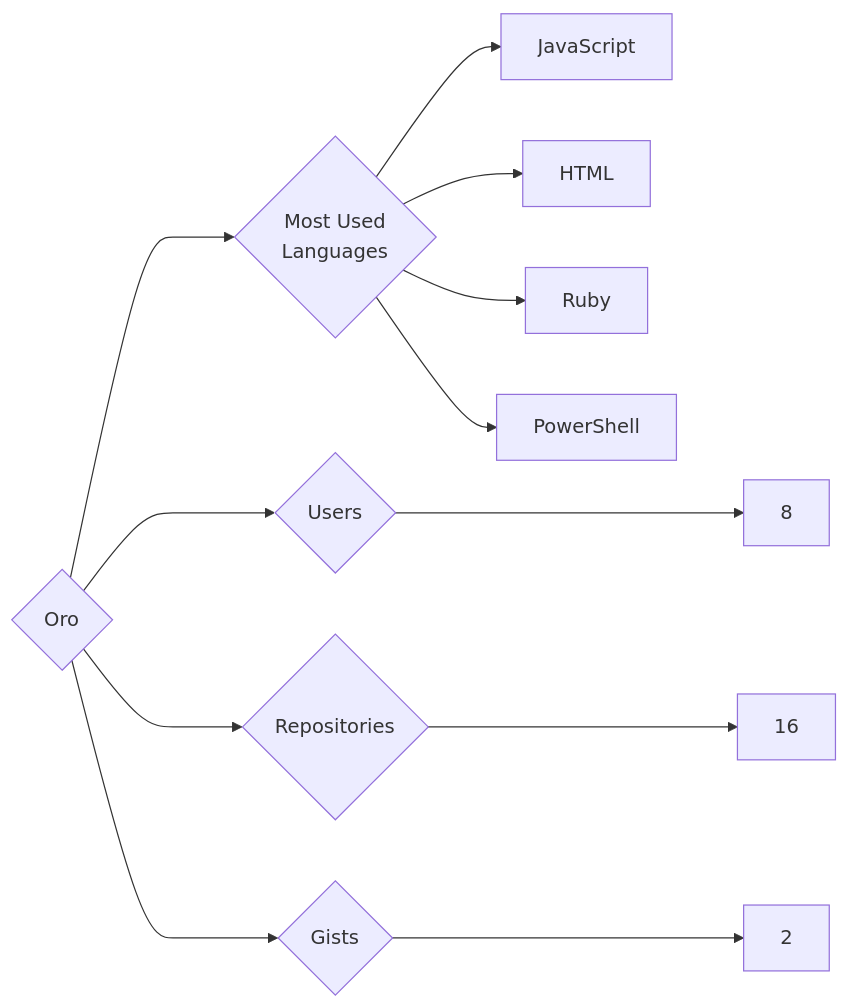
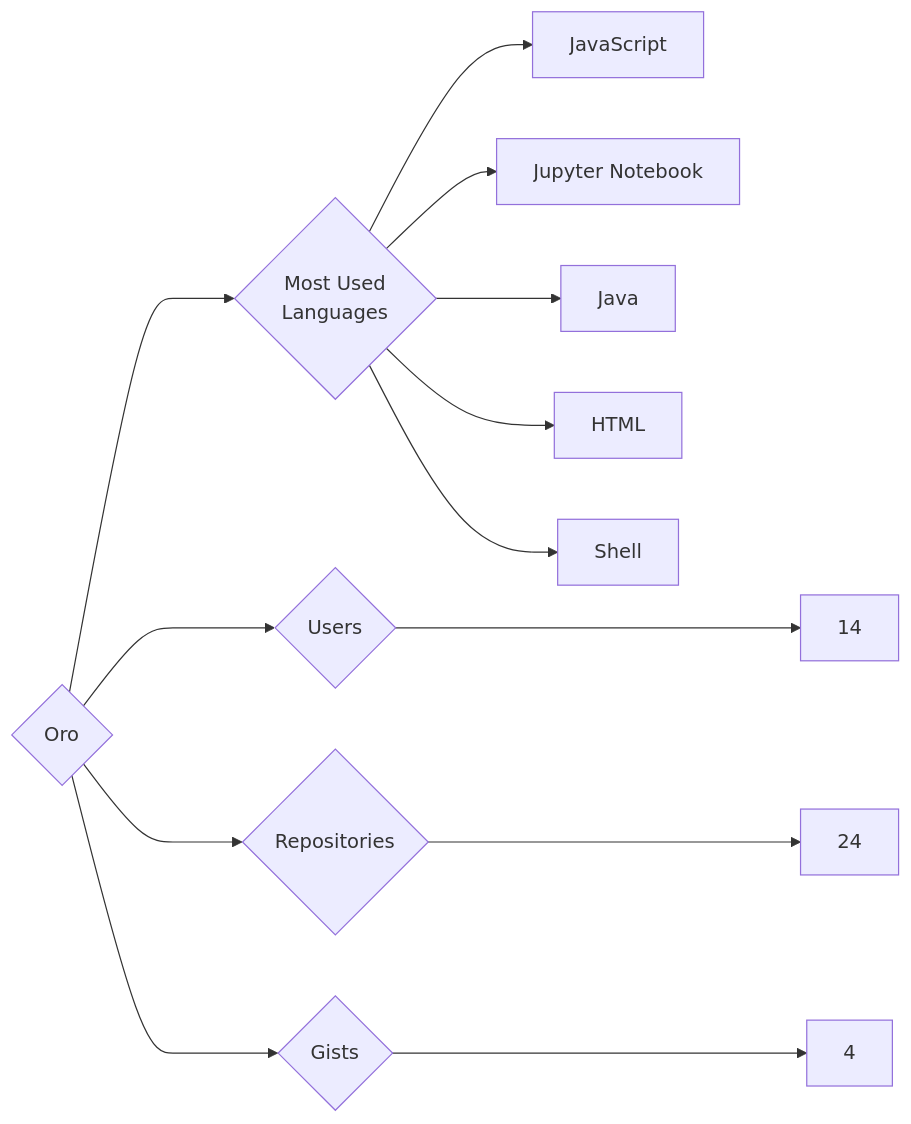
Before and after one commit to trickest/insiders: the diagram in targets/Oro/README.md, drawn with Mermaid. The commit also changed 973 other files, not shown here.

````diff
--- a/targets/Oro/README.md
+++ b/targets/Oro/README.md
@@ -3,12 +3,13 @@
 ```mermaid
 graph LR
 COMPANY_NAME{Oro}
-COMPANY_NAME ---> U{Users} ---> UN[8]
-COMPANY_NAME ---> R{Repositories} ---> RN[16]
-COMPANY_NAME ---> G{Gists} ---> GN[2]
+COMPANY_NAME ---> U{Users} ---> UN[14]
+COMPANY_NAME ---> R{Repositories} ---> RN[24]
+COMPANY_NAME ---> G{Gists} ---> GN[4]
 COMPANY_NAME ---> ML{Most Used<br>Languages}
 ML --> JavaScript[JavaScript]
+ML --> Jupyter_Notebook[Jupyter Notebook]
+ML --> Java[Java]
 ML --> HTML[HTML]
-ML --> Ruby[Ruby]
-ML --> PowerShell[PowerShell]
+ML --> Shell[Shell]
 ```
````
